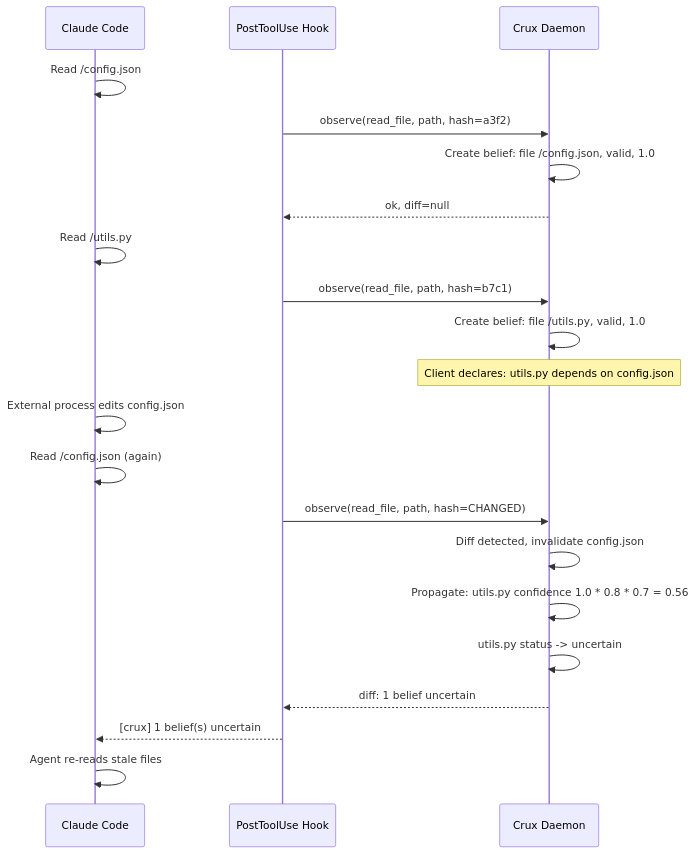
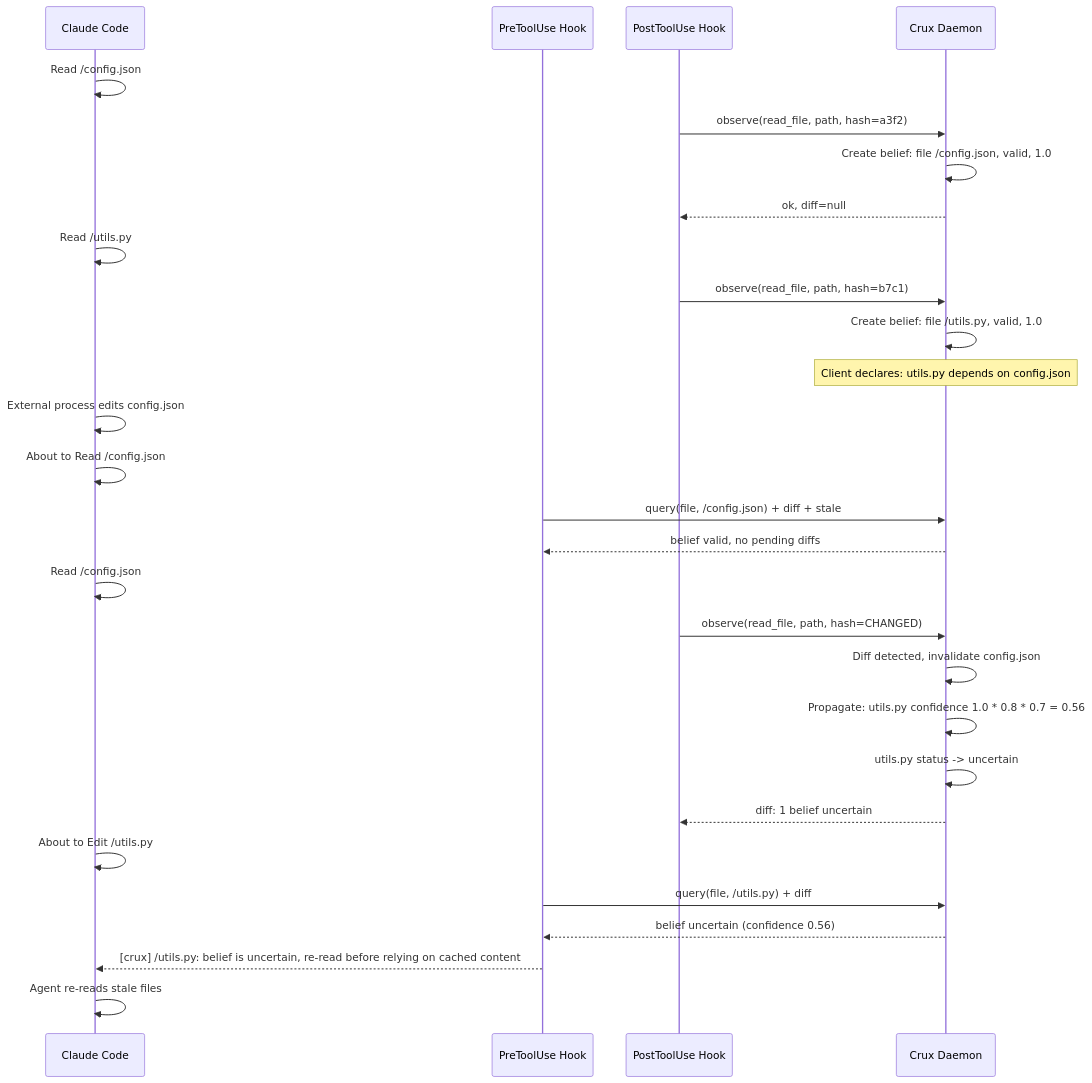
One commit to ardey26/crux changed the first of 4 diagrams in README.md. Above: the diagram before and after it, drawn with Mermaid. The commit also changed other lines of this file and 1 other file, not shown here.

Commit message:
docs: update READMEs for fixed socket, idle timeout, and PreToolUse hook

````diff
--- a/README.md
+++ b/README.md
@@ -223,28 +237,36 @@
 ```mermaid
 sequenceDiagram
     participant CC as Claude Code
-    participant Hook as PostToolUse Hook
+    participant Pre as PreToolUse Hook
+    participant Post as PostToolUse Hook
     participant D as Crux Daemon
 
     CC->>CC: Read /config.json
-    Hook->>D: observe(read_file, path, hash=a3f2)
+    Post->>D: observe(read_file, path, hash=a3f2)
     D->>D: Create belief: file /config.json, valid, 1.0
-    D-->>Hook: ok, diff=null
+    D-->>Post: ok, diff=null
 
     CC->>CC: Read /utils.py
-    Hook->>D: observe(read_file, path, hash=b7c1)
+    Post->>D: observe(read_file, path, hash=b7c1)
     D->>D: Create belief: file /utils.py, valid, 1.0
 
     Note over D: Client declares: utils.py depends on config.json
 
     CC->>CC: External process edits config.json
-    CC->>CC: Read /config.json (again)
-    Hook->>D: observe(read_file, path, hash=CHANGED)
+
+    CC->>CC: About to Read /config.json
+    Pre->>D: query(file, /config.json) + diff + stale
+    D-->>Pre: belief valid, no pending diffs
+    CC->>CC: Read /config.json
+    Post->>D: observe(read_file, path, hash=CHANGED)
     D->>D: Diff detected, invalidate config.json
     D->>D: Propagate: utils.py confidence 1.0 * 0.8 * 0.7 = 0.56
     D->>D: utils.py status -> uncertain
-    D-->>Hook: diff: 1 belief uncertain
+    D-->>Post: diff: 1 belief uncertain
 
-    Hook-->>CC: [crux] 1 belief(s) uncertain
+    CC->>CC: About to Edit /utils.py
+    Pre->>D: query(file, /utils.py) + diff
+    D-->>Pre: belief uncertain (confidence 0.56)
+    Pre-->>CC: [crux] /utils.py: belief is uncertain, re-read before relying on cached content
     CC->>CC: Agent re-reads stale files
 ```
````
